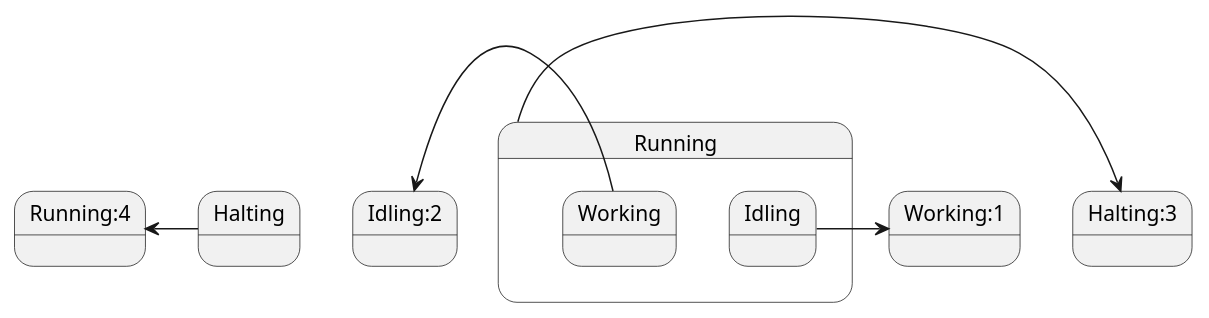
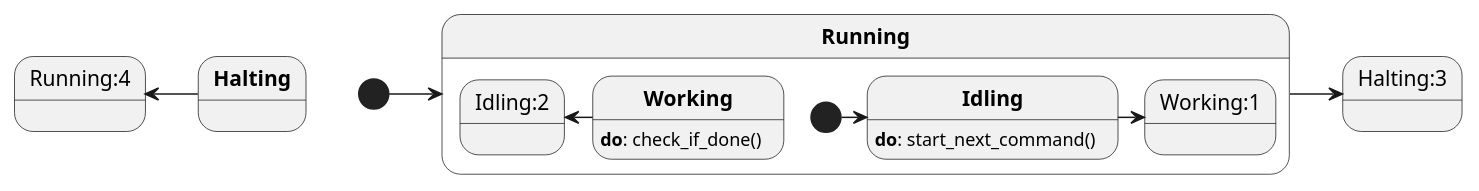
One commit to bscp/al5d_cpp changed the diagram in doc/state_machine.puml. Above: the diagram before and after it, drawn with PlantUML. The commit also changed 12 other files, not shown here.

Commit message:
Update diagrams

```diff
--- a/doc/state_machine.puml
+++ b/doc/state_machine.puml
@@ -1,15 +1,21 @@
 @startuml
 
-state Running{
-    state Idling
-    state Working
+state "**Running**" as Running{
+    state "**Idling**" as Idling
+    state "**Working**" as Working
+
+    Idling:**do**: start_next_command()
+    Working:**do**: check_if_done()
+
+    [*] -right-> Idling
+    Idling -right-> Working:1
+    Working -left-> Idling:2
 }
 
-state Halting
+state "**Halting**" as Halting
 
-Idling -right-> Working:1
-Working -left-> Idling:2
+[*] -right-> Running
 Running -right-> Halting:3
 Halting -left-> Running:4
 
 @enduml
```
